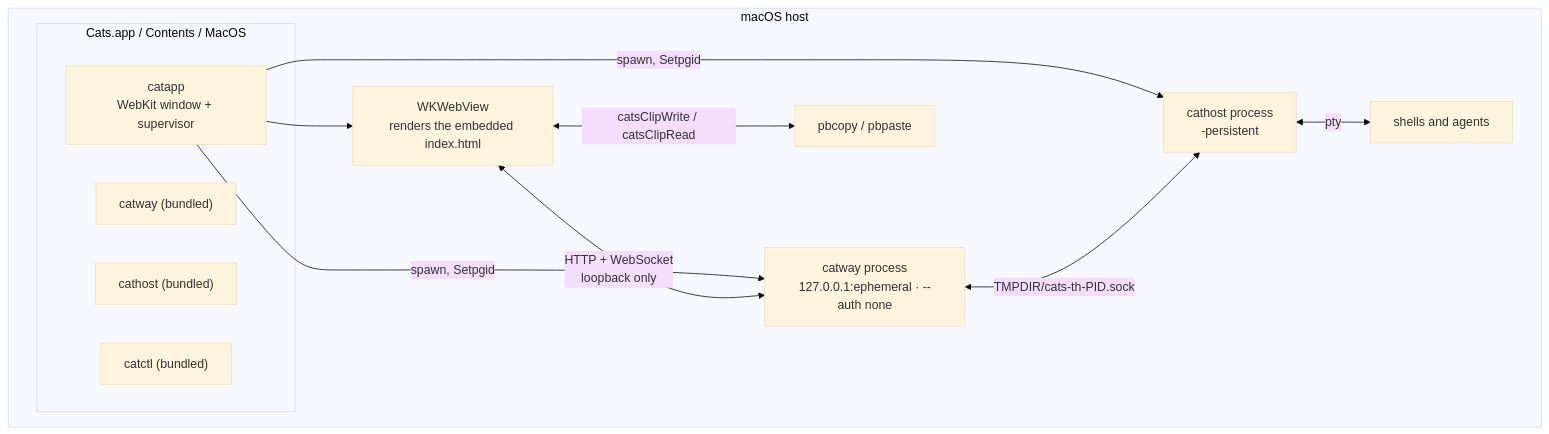
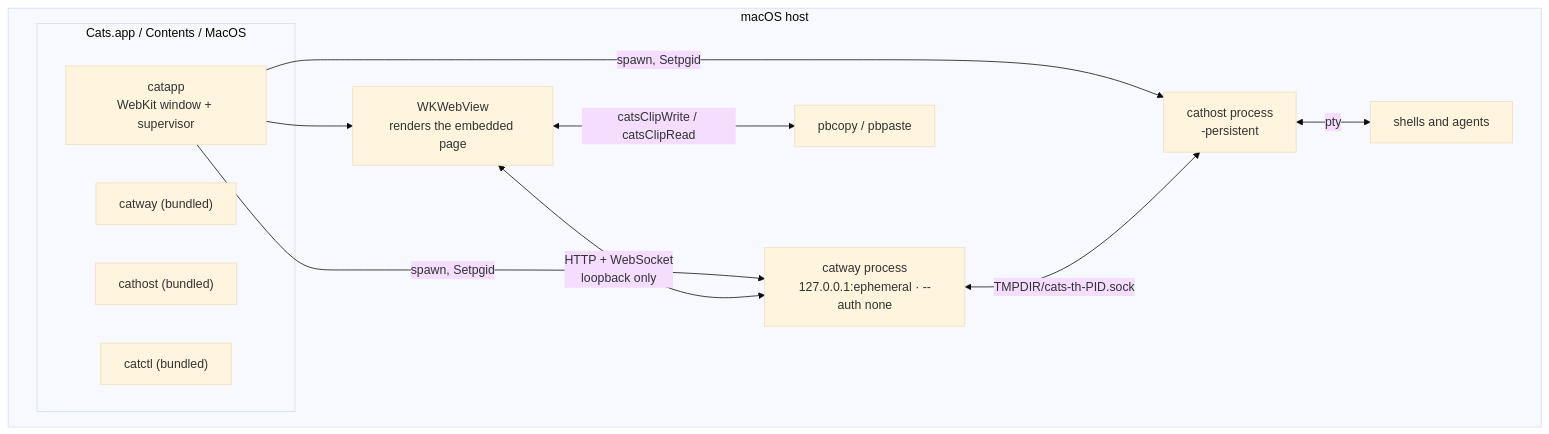
The first of 3 diagrams in docs/architecture/standalone-mac.md (rohanthewiz/cats), drawn with Mermaid (base theme) before and after one commit. The commit also changed 92 other files, not shown here.

First line of the commit message:
web: index.html becomes a package — element components, css/ and js/

````diff
--- a/docs/architecture/standalone-mac.md
+++ b/docs/architecture/standalone-mac.md
@@ -16,24 +16,24 @@
 ```mermaid
 flowchart TB
   subgraph mac["macOS host"]
     subgraph bundle["Cats.app / Contents / MacOS"]
       APP["catapp<br/>WebKit window + supervisor"]
       GWB["catway (bundled)"]
       THB["cathost (bundled)"]
       CTLB["catctl (bundled)"]
     end
-    WK["WKWebView<br/>renders the embedded index.html"]
+    WK["WKWebView<br/>renders the embedded page"]
     GW["catway process<br/>127.0.0.1:ephemeral · --auth none"]
     TH["cathost process<br/>-persistent"]
     SH["shells and agents"]
     PB["pbcopy / pbpaste"]
   end
 
   APP --> WK
   APP -->|"spawn, Setpgid"| GW
   APP -->|"spawn, Setpgid"| TH
   WK <-->|"HTTP + WebSocket<br/>loopback only"| GW
   GW <-->|"TMPDIR/cats-th-PID.sock"| TH
   TH <-->|"pty"| SH
   WK <-->|"catsClipWrite / catsClipRead"| PB
 ```
````
